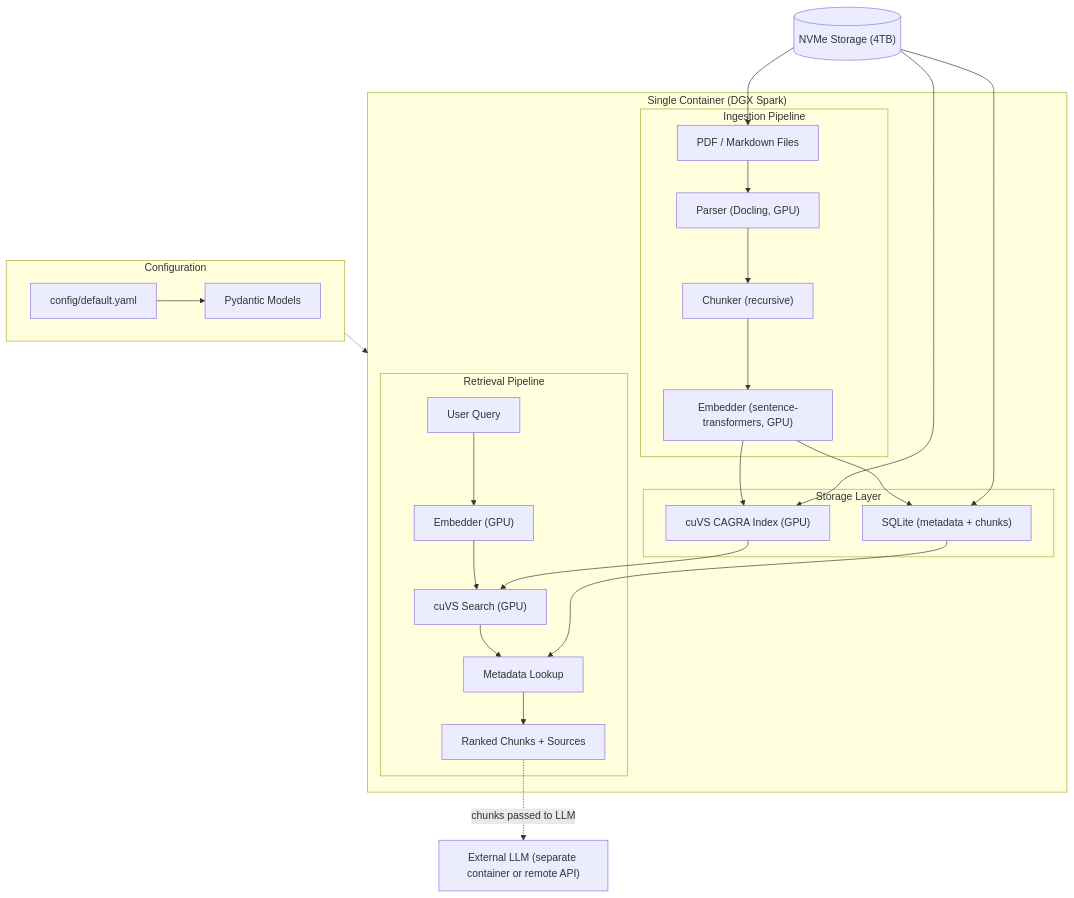
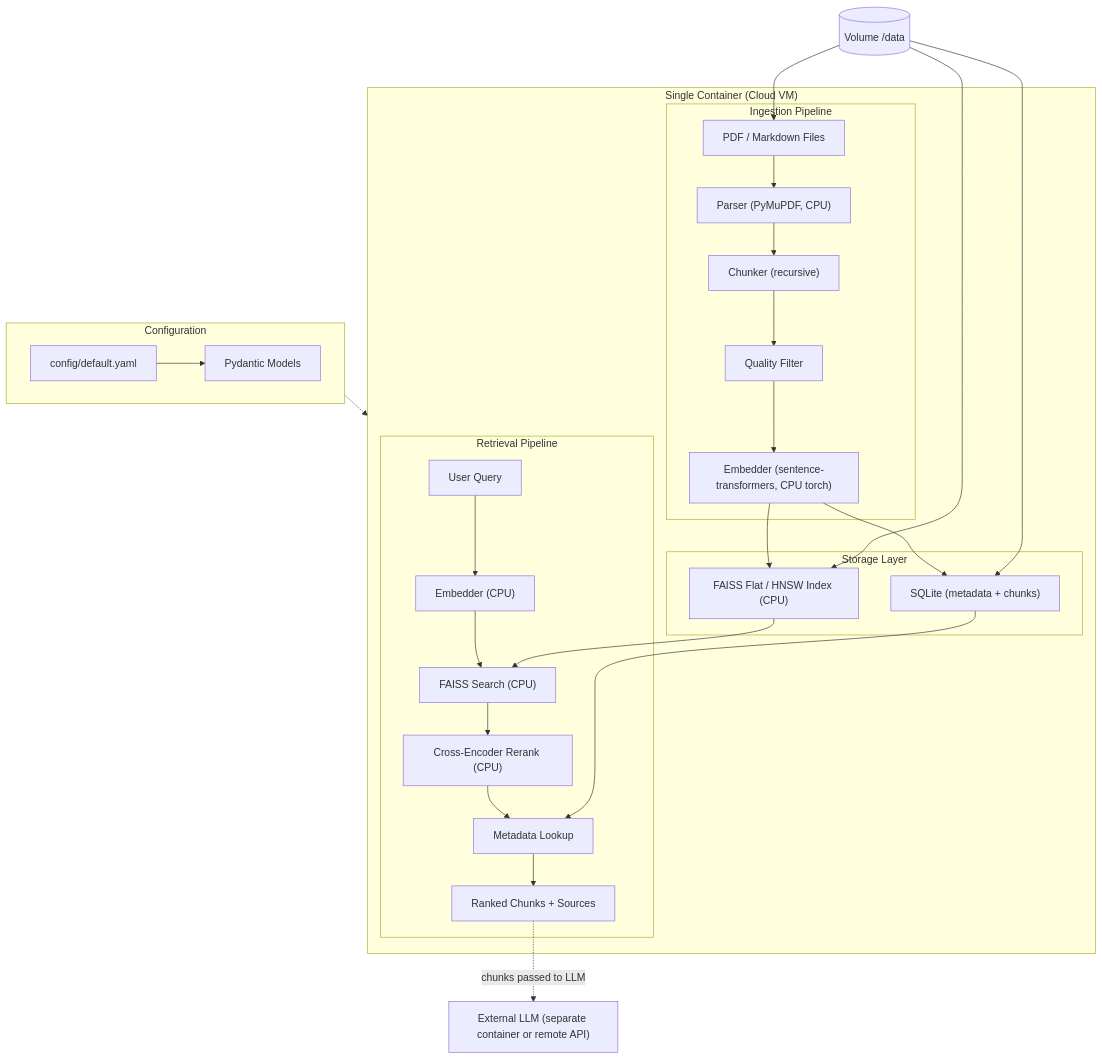
The first of 3 diagrams in system_architecture.md (miroenev/rag_system), drawn with Mermaid before and after one commit. The commit also changed other lines of this file and 13 other files, not shown here.

First line of the commit message:
port to CPU-only for cloud VM deployment

````diff
--- a/system_architecture.md
+++ b/system_architecture.md
@@ -27,45 +38,47 @@
 ```mermaid
 flowchart TB
-    subgraph container ["Single Container (DGX Spark)"]
+    subgraph container ["Single Container (Cloud VM)"]
         subgraph ingestion [Ingestion Pipeline]
             docs["PDF / Markdown Files"]
-            parser["Parser (Docling, GPU)"]
+            parser["Parser (PyMuPDF, CPU)"]
             chunker["Chunker (recursive)"]
-            embedder["Embedder (sentence-transformers, GPU)"]
-            docs --> parser --> chunker --> embedder
+            qfilter["Quality Filter"]
+            embedder["Embedder (sentence-transformers, CPU torch)"]
+            docs --> parser --> chunker --> qfilter --> embedder
         end
 
         subgraph storage [Storage Layer]
-            cuvs_idx["cuVS CAGRA Index (GPU)"]
+            faissIdx["FAISS Flat / HNSW Index (CPU)"]
             sqlite["SQLite (metadata + chunks)"]
         end
 
         subgraph retrievalPipe [Retrieval Pipeline]
             userQuery["User Query"]
-            queryEmbed["Embedder (GPU)"]
-            retriever["cuVS Search (GPU)"]
+            queryEmbed["Embedder (CPU)"]
+            retriever["FAISS Search (CPU)"]
+            reranker["Cross-Encoder Rerank (CPU)"]
             metaLookup["Metadata Lookup"]
             results["Ranked Chunks + Sources"]
-            userQuery --> queryEmbed --> retriever --> metaLookup --> results
+            userQuery --> queryEmbed --> retriever --> reranker --> metaLookup --> results
         end
 
-        embedder --> cuvs_idx
+        embedder --> faissIdx
         embedder --> sqlite
-        cuvs_idx --> retriever
+        faissIdx --> retriever
         sqlite --> metaLookup
     end
 
     externalLLM["External LLM (separate container or remote API)"]
     results -.->|"chunks passed to LLM"| externalLLM
 
     subgraph configLayer [Configuration]
         yaml["config/default.yaml"]
         schema["Pydantic Models"]
         yaml --> schema
     end
     configLayer -.-> container
 
-    disk[("NVMe Storage (4TB)")] --> docs
-    disk --> cuvs_idx
+    disk[("Volume /data")] --> docs
+    disk --> faissIdx
     disk --> sqlite
 ```
````
